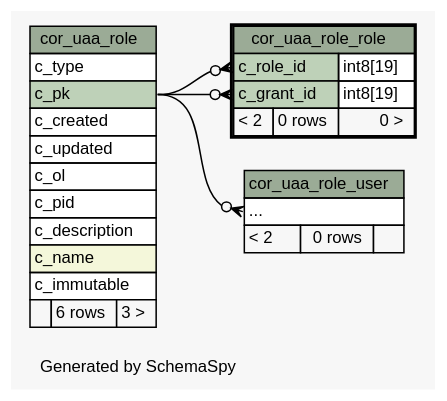
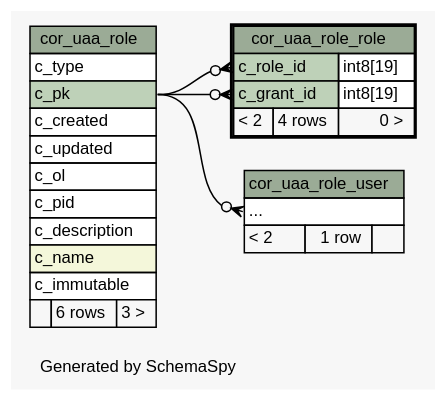
One commit to openwms/org.openwms.core.uaa changed the diagram in 1.1.0-SNAPSHOT/schemaspy/diagrams/cor_uaa_role_role.2degrees.dot. Above: the diagram before and after it, drawn with Graphviz. The commit also changed 230 other files, not shown here.

```diff
--- a/1.1.0-SNAPSHOT/schemaspy/diagrams/cor_uaa_role_role.2degrees.dot
+++ b/1.1.0-SNAPSHOT/schemaspy/diagrams/cor_uaa_role_role.2degrees.dot
@@ -1,64 +1,64 @@
 // dot 2.43.0 on Linux 5.8.0-1033-azure
 // SchemaSpy rev Unknown
 digraph "twoDegreesRelationshipsDiagram" {
   graph [
     rankdir="RL"
     bgcolor="#f7f7f7"
     label="\nGenerated by SchemaSpy"
     labeljust="l"
     nodesep="0.18"
     ranksep="0.46"
     fontname="Helvetica"
     fontsize="11"
   ];
   node [
     fontname="Helvetica"
     fontsize="11"
     shape="plaintext"
   ];
   edge [
     arrowsize="0.8"
   ];
   "cor_uaa_role_role":"c_grant_id":w -> "cor_uaa_role":"c_pk":e [arrowhead=none dir=back arrowtail=crowodot];
   "cor_uaa_role_role":"c_role_id":w -> "cor_uaa_role":"c_pk":e [arrowhead=none dir=back arrowtail=crowodot];
   "cor_uaa_role_user":"elipses":w -> "cor_uaa_role":"c_pk":e [arrowhead=none dir=back arrowtail=crowodot];
   "cor_uaa_role" [
     label=<
     <TABLE BORDER="0" CELLBORDER="1" CELLSPACING="0" BGCOLOR="#ffffff">
       <TR><TD COLSPAN="3" BGCOLOR="#9bab96" ALIGN="CENTER">cor_uaa_role</TD></TR>
       <TR><TD PORT="c_type" COLSPAN="3" ALIGN="LEFT">c_type</TD></TR>
       <TR><TD PORT="c_pk" COLSPAN="3" BGCOLOR="#bed1b8" ALIGN="LEFT">c_pk</TD></TR>
       <TR><TD PORT="c_created" COLSPAN="3" ALIGN="LEFT">c_created</TD></TR>
       <TR><TD PORT="c_updated" COLSPAN="3" ALIGN="LEFT">c_updated</TD></TR>
       <TR><TD PORT="c_ol" COLSPAN="3" ALIGN="LEFT">c_ol</TD></TR>
       <TR><TD PORT="c_pid" COLSPAN="3" ALIGN="LEFT">c_pid</TD></TR>
       <TR><TD PORT="c_description" COLSPAN="3" ALIGN="LEFT">c_description</TD></TR>
       <TR><TD PORT="c_name" COLSPAN="3" BGCOLOR="#f4f7da" ALIGN="LEFT">c_name</TD></TR>
       <TR><TD PORT="c_immutable" COLSPAN="3" ALIGN="LEFT">c_immutable</TD></TR>
       <TR><TD ALIGN="LEFT" BGCOLOR="#f7f7f7">  </TD><TD ALIGN="RIGHT" BGCOLOR="#f7f7f7">6 rows</TD><TD ALIGN="RIGHT" BGCOLOR="#f7f7f7">3 &gt;</TD></TR>
     </TABLE>>
     URL="cor_uaa_role.html"
     tooltip="cor_uaa_role"
   ];
   "cor_uaa_role_role" [
     label=<
     <TABLE BORDER="2" CELLBORDER="1" CELLSPACING="0" BGCOLOR="#ffffff">
       <TR><TD COLSPAN="3" BGCOLOR="#9bab96" ALIGN="CENTER">cor_uaa_role_role</TD></TR>
       <TR><TD PORT="c_role_id" COLSPAN="2" BGCOLOR="#bed1b8" ALIGN="LEFT">c_role_id</TD><TD PORT="c_role_id.type" ALIGN="LEFT">int8[19]</TD></TR>
       <TR><TD PORT="c_grant_id" COLSPAN="2" BGCOLOR="#bed1b8" ALIGN="LEFT">c_grant_id</TD><TD PORT="c_grant_id.type" ALIGN="LEFT">int8[19]</TD></TR>
-      <TR><TD ALIGN="LEFT" BGCOLOR="#f7f7f7">&lt; 2</TD><TD ALIGN="RIGHT" BGCOLOR="#f7f7f7">0 rows</TD><TD ALIGN="RIGHT" BGCOLOR="#f7f7f7">0 &gt;</TD></TR>
+      <TR><TD ALIGN="LEFT" BGCOLOR="#f7f7f7">&lt; 2</TD><TD ALIGN="RIGHT" BGCOLOR="#f7f7f7">4 rows</TD><TD ALIGN="RIGHT" BGCOLOR="#f7f7f7">0 &gt;</TD></TR>
     </TABLE>>
     URL="cor_uaa_role_role.html"
     tooltip="cor_uaa_role_role"
   ];
   "cor_uaa_role_user" [
     label=<
     <TABLE BORDER="0" CELLBORDER="1" CELLSPACING="0" BGCOLOR="#ffffff">
       <TR><TD COLSPAN="3" BGCOLOR="#9bab96" ALIGN="CENTER">cor_uaa_role_user</TD></TR>
       <TR><TD PORT="elipses" COLSPAN="3" ALIGN="LEFT">...</TD></TR>
-      <TR><TD ALIGN="LEFT" BGCOLOR="#f7f7f7">&lt; 2</TD><TD ALIGN="RIGHT" BGCOLOR="#f7f7f7">0 rows</TD><TD ALIGN="RIGHT" BGCOLOR="#f7f7f7">  </TD></TR>
+      <TR><TD ALIGN="LEFT" BGCOLOR="#f7f7f7">&lt; 2</TD><TD ALIGN="RIGHT" BGCOLOR="#f7f7f7">1 row</TD><TD ALIGN="RIGHT" BGCOLOR="#f7f7f7">  </TD></TR>
     </TABLE>>
     URL="cor_uaa_role_user.html"
     tooltip="cor_uaa_role_user"
   ];
 }
```
